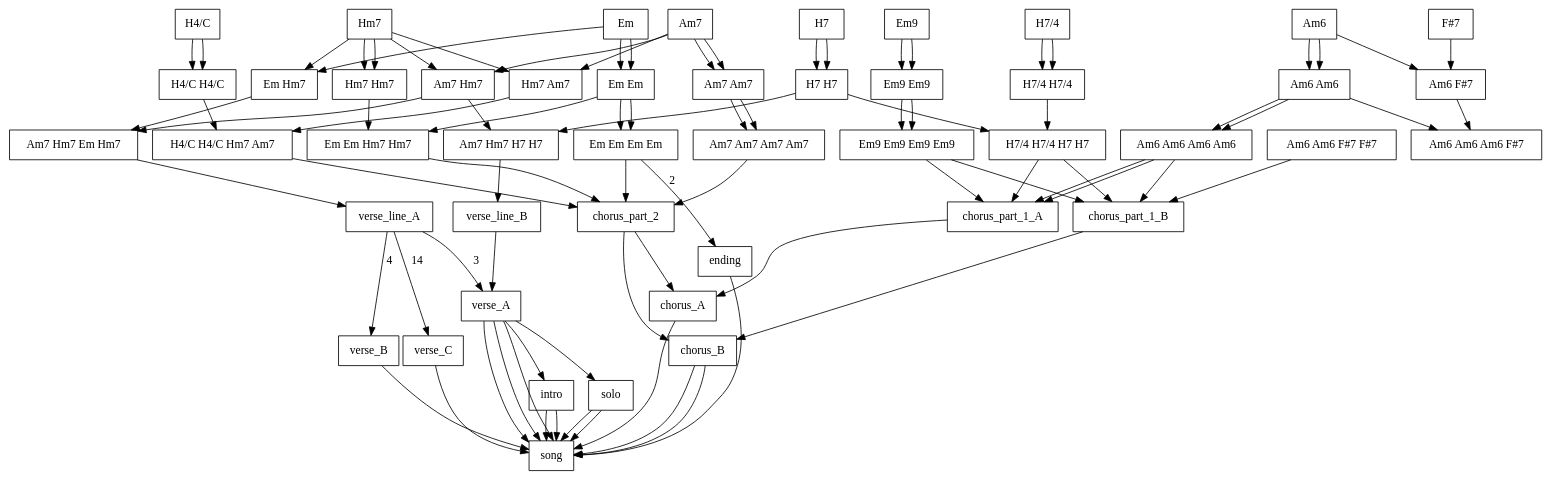
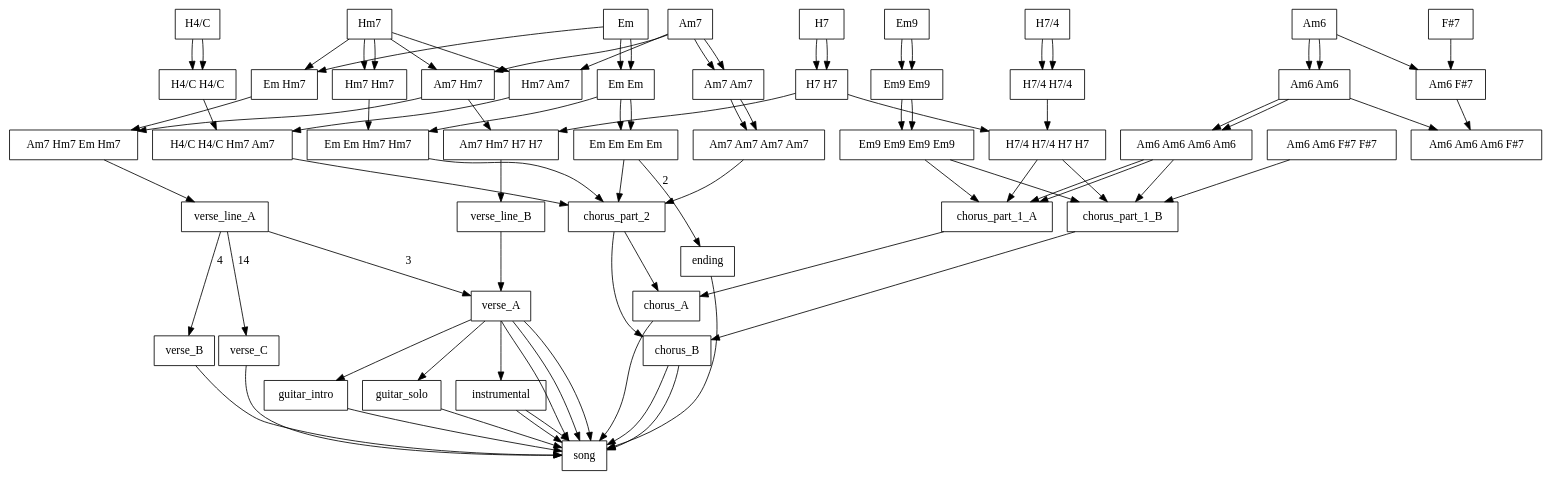
The diagram in hladova-zed/hladova-zed-graph.gv (bzamecnik/music-viz), drawn with Graphviz before and after one commit. The commit also changed 5 other files, not shown here.

```diff
--- a/hladova-zed/hladova-zed-graph.gv
+++ b/hladova-zed/hladova-zed-graph.gv
@@ -1,129 +1,131 @@
 digraph {
 	node [shape=box]
 	H7
 	Am7
 	Am6
 	"H4/C"
 	Hm7
 	Em
 	"F#7"
 	"H7/4"
 	Em9
 	"Em Em"
 		Em -> "Em Em"
 		Em -> "Em Em"
 	"Am7 Am7"
 		Am7 -> "Am7 Am7"
 		Am7 -> "Am7 Am7"
 	"H7/4 H7/4"
 		"H7/4" -> "H7/4 H7/4"
 		"H7/4" -> "H7/4 H7/4"
 	"Am6 F#7"
 		Am6 -> "Am6 F#7"
 		"F#7" -> "Am6 F#7"
 	"Hm7 Am7"
 		Hm7 -> "Hm7 Am7"
 		Am7 -> "Hm7 Am7"
 	"Am6 Am6"
 		Am6 -> "Am6 Am6"
 		Am6 -> "Am6 Am6"
 	"Am7 Hm7"
 		Am7 -> "Am7 Hm7"
 		Hm7 -> "Am7 Hm7"
 	"H4/C H4/C"
 		"H4/C" -> "H4/C H4/C"
 		"H4/C" -> "H4/C H4/C"
 	"Em9 Em9"
 		Em9 -> "Em9 Em9"
 		Em9 -> "Em9 Em9"
 	"Em Hm7"
 		Em -> "Em Hm7"
 		Hm7 -> "Em Hm7"
 	"Hm7 Hm7"
 		Hm7 -> "Hm7 Hm7"
 		Hm7 -> "Hm7 Hm7"
 	"H7 H7"
 		H7 -> "H7 H7"
 		H7 -> "H7 H7"
 	"Em9 Em9 Em9 Em9"
 		"Em9 Em9" -> "Em9 Em9 Em9 Em9"
 		"Em9 Em9" -> "Em9 Em9 Em9 Em9"
 	"H4/C H4/C Hm7 Am7"
 		"H4/C H4/C" -> "H4/C H4/C Hm7 Am7"
 		"Hm7 Am7" -> "H4/C H4/C Hm7 Am7"
 	"Am7 Hm7 H7 H7"
 		"Am7 Hm7" -> "Am7 Hm7 H7 H7"
 		"H7 H7" -> "Am7 Hm7 H7 H7"
 	"Am7 Am7 Am7 Am7"
 		"Am7 Am7" -> "Am7 Am7 Am7 Am7"
 		"Am7 Am7" -> "Am7 Am7 Am7 Am7"
 	"Am7 Hm7 Em Hm7"
 		"Am7 Hm7" -> "Am7 Hm7 Em Hm7"
 		"Em Hm7" -> "Am7 Hm7 Em Hm7"
 	"Am6 Am6 Am6 F#7"
 		"Am6 Am6" -> "Am6 Am6 Am6 F#7"
 		"Am6 F#7" -> "Am6 Am6 Am6 F#7"
 	"H7/4 H7/4 H7 H7"
 		"H7/4 H7/4" -> "H7/4 H7/4 H7 H7"
 		"H7 H7" -> "H7/4 H7/4 H7 H7"
 	"Em Em Hm7 Hm7"
 		"Em Em" -> "Em Em Hm7 Hm7"
 		"Hm7 Hm7" -> "Em Em Hm7 Hm7"
 	"Am6 Am6 Am6 Am6"
 		"Am6 Am6" -> "Am6 Am6 Am6 Am6"
 		"Am6 Am6" -> "Am6 Am6 Am6 Am6"
 	"Em Em Em Em"
 		"Em Em" -> "Em Em Em Em"
 		"Em Em" -> "Em Em Em Em"
 	verse_line_A
 		"Am7 Hm7 Em Hm7" -> verse_line_A
 		"Am7 Hm7 H7 H7" -> verse_line_B
 	verse_A
 		verse_line_A -> verse_A [label=3]
 		verse_line_B -> verse_A
 	verse_B
 		verse_line_A -> verse_B [label=4]
-	intro
-		verse_A -> intro
-	solo
-		verse_A -> solo
+	guitar_intro
+		verse_A -> guitar_intro
+	guitar_solo
+		verse_A -> guitar_solo
+	instrumental
+		verse_A -> instrumental
 	chorus_part_1_A
 		"Am6 Am6 Am6 Am6" -> chorus_part_1_A
 		"Em9 Em9 Em9 Em9" -> chorus_part_1_A
 		"Am6 Am6 Am6 Am6" -> chorus_part_1_A
 		"H7/4 H7/4 H7 H7" -> chorus_part_1_A
 	chorus_part_1_B
 		"Am6 Am6 Am6 Am6" -> chorus_part_1_B
 		"Em9 Em9 Em9 Em9" -> chorus_part_1_B
 		"Am6 Am6 F#7 F#7" -> chorus_part_1_B
 		"H7/4 H7/4 H7 H7" -> chorus_part_1_B
 	chorus_part_2
 		"Em Em Hm7 Hm7" -> chorus_part_2
 		"Am7 Am7 Am7 Am7" -> chorus_part_2
 		"H4/C H4/C Hm7 Am7" -> chorus_part_2
 		"Em Em Em Em" -> chorus_part_2
 	chorus_A
 		chorus_part_1_A -> chorus_A
 		chorus_part_2 -> chorus_A
 	chorus_B
 		chorus_part_1_B -> chorus_B
 		chorus_part_2 -> chorus_B
 	verse_C
 		verse_line_A -> verse_C [label=14]
 	ending
 		"Em Em Em Em" -> ending [label=2]
 	song
-		intro -> song
-		intro -> song
+		instrumental -> song
+		guitar_intro -> song
 		verse_A -> song
 		verse_A -> song
 		chorus_A -> song
 		verse_A -> song
 		chorus_B -> song
 		verse_B -> song
-		solo -> song
+		guitar_solo -> song
 		chorus_B -> song
 		verse_C -> song
-		solo -> song
+		instrumental -> song
 		ending -> song
 }
```
